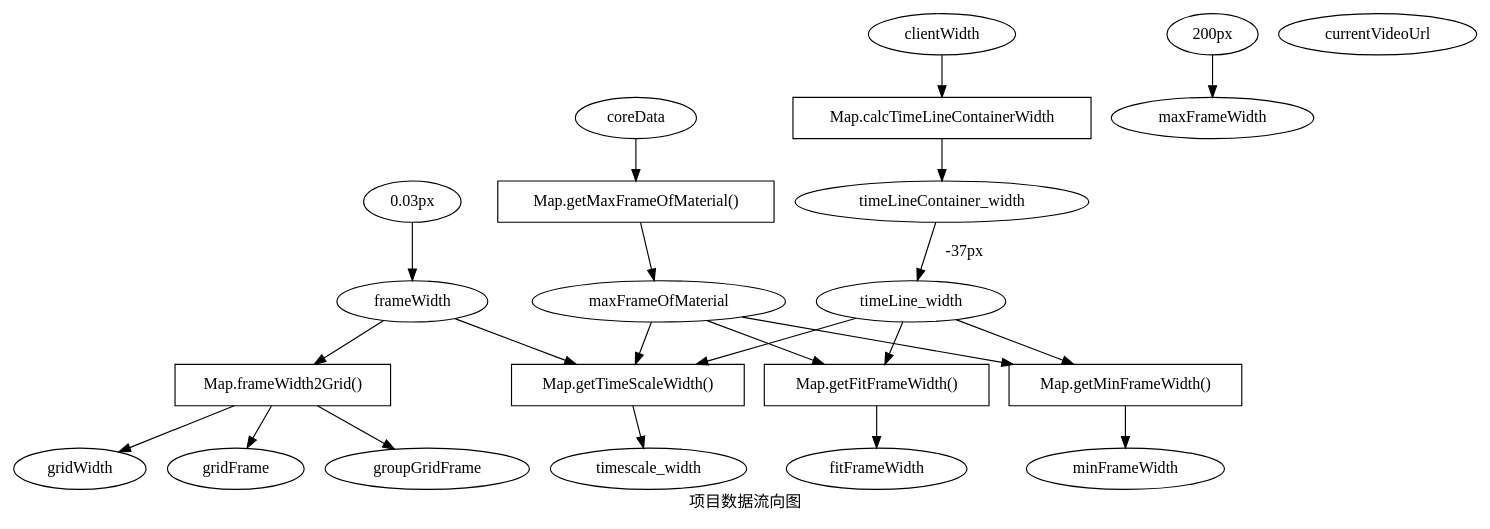
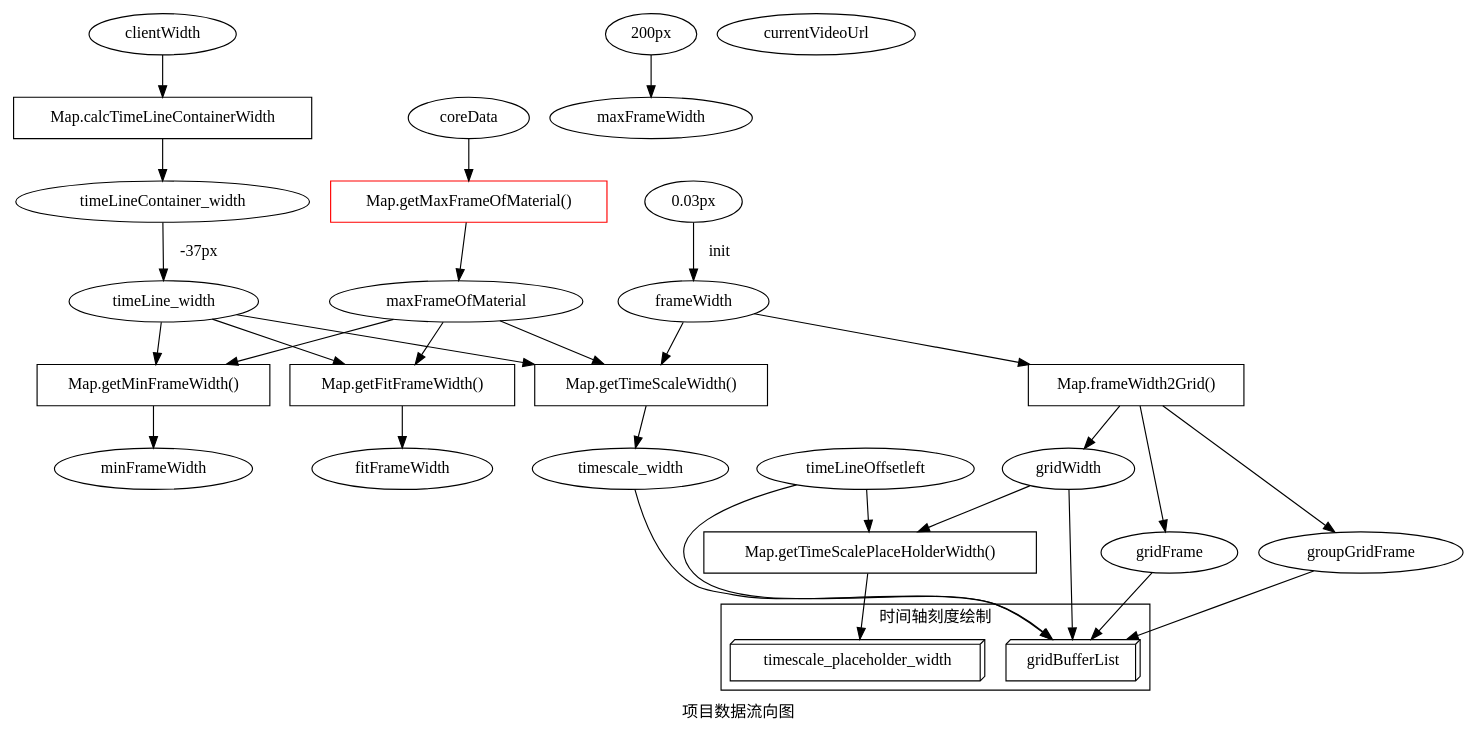
Before and after one commit to SartreShao/video-editor.webassembly: the diagram in README.dot, drawn with Graphviz.

Commit message:
update dot

```diff
--- a/README.dot
+++ b/README.dot
@@ -1,98 +1,95 @@
 digraph examle1 {
   label = "项目数据流向图";
   // 帧宽度
   frameWidth;
 
   // 格子宽度
   gridWidth;
 
   // 格子内帧数
   gridFrame;
 
   // 组格子内帧数
   groupGridFrame;
 
   // 时间轴容器宽度
   timeLineContainer_width;
 
   // 时间轴宽度
   timeLine_width;
 
   // 时间轴刻度尺度宽
   timescale_width;
 
   // 时间轴素材最大帧数
   maxFrameOfMaterial;
 
   // 最大帧宽度
   maxFrameWidth; 
 
   // 最小帧宽度
   minFrameWidth;
 
   // 合适帧宽度
   fitFrameWidth;
 
   // 当前播放的视频 URL
   currentVideoUrl;
 
   // 项目核心数据
   coreData;
 
-  // 方法
+  // UI 数据 -------------------------------------
+  subgraph cluster_UI{//聚集子图
+      node[shape=box];
+      label="时间轴刻度绘制"
+      gridBufferList[shape="box3d"];
+      timescale_placeholder_width[shape="box3d"]
+  }
+  
+
+  // 方法 ----------------------------------------
   frameWidth2Grid[shape=box,label="Map.frameWidth2Grid()"];
 
   getTimeScaleWidth[shape=box, label="Map.getTimeScaleWidth()"]
 
   calcTimeLineContainerWidth[shape=box, label="Map.calcTimeLineContainerWidth"]
 
   getFitFrameWidth[shape=box, label="Map.getFitFrameWidth()"]
 
   getMinFrameWidth[shape=box, label="Map.getMinFrameWidth()"]
 
-  getMaxFrameOfMaterial[shape=box, label="Map.getMaxFrameOfMaterial()"]
+  getMaxFrameOfMaterial[shape=box, label="Map.getMaxFrameOfMaterial()",color=red];
+
+  getTimeScalePlaceHolderWidth[shape=box, label="Map.getTimeScalePlaceHolderWidth()"]
 
   // 获取帧宽度
-  "0.03px"->frameWidth;
+  "0.03px"->frameWidth[label="   init"];
   
   // 渲染帧宽度
   frameWidth->frameWidth2Grid->gridWidth,gridFrame,groupGridFrame;
 
   // 获取屏幕宽度、时间轴显示宽度
   clientWidth->calcTimeLineContainerWidth->timeLineContainer_width;
   timeLineContainer_width->timeLine_width[label="   -37px"];
 
   // 获取时间轴实际宽度
   frameWidth,timeLine_width,maxFrameOfMaterial->getTimeScaleWidth->timescale_width;
-
-  
 
   // 当前的最大帧宽度
   "200px"->maxFrameWidth;
 
   // 当前合适的帧宽度
   maxFrameOfMaterial,timeLine_width->getFitFrameWidth->fitFrameWidth;
 
   // 当前最小的帧宽度
   maxFrameOfMaterial,timeLine_width->getMinFrameWidth->minFrameWidth;
 
   coreData->getMaxFrameOfMaterial->maxFrameOfMaterial;
 
+  // gridBufferList
+  gridWidth,groupGridFrame,gridFrame,timeLineOffsetleft,timescale_width->gridBufferList;
 
+  timeLineOffsetleft, gridWidth->getTimeScalePlaceHolderWidth->timescale_placeholder_width;
   
-  
-  
-
-
-  
-
-
-
-
-
-
-
-
-
-
 }
```
